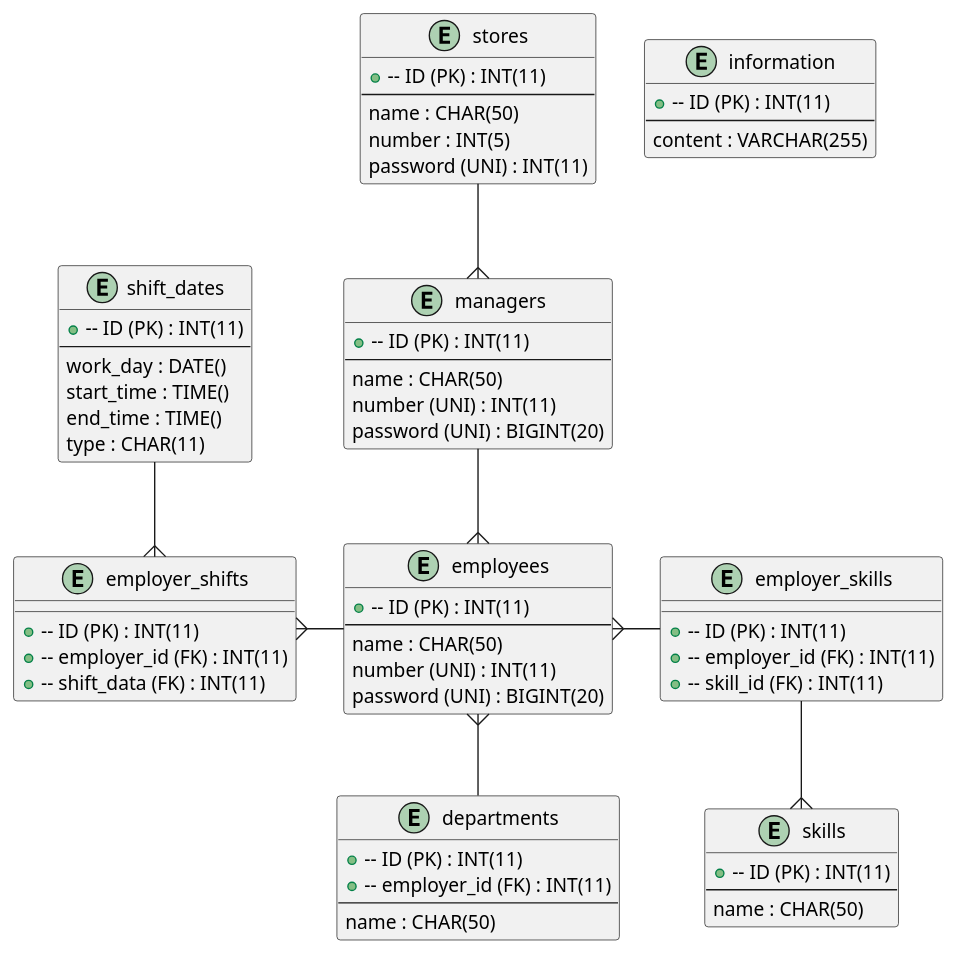
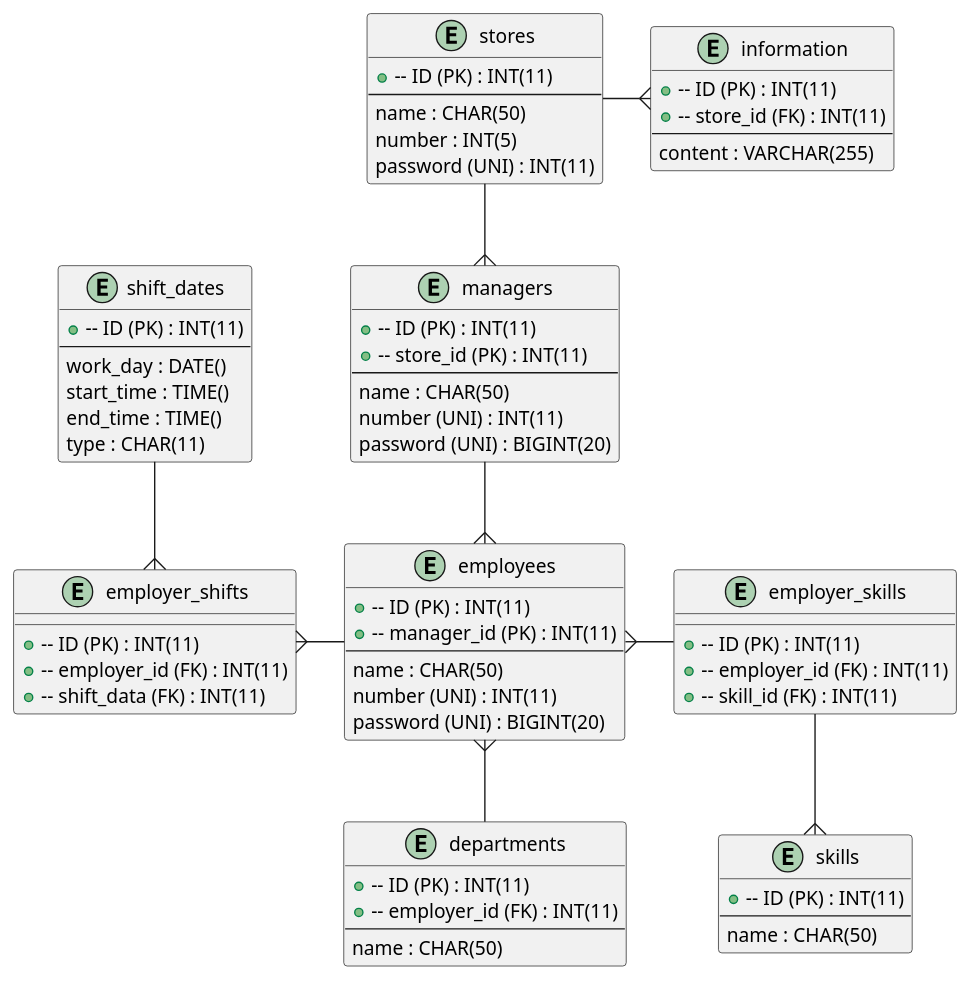
Before and after one commit to kokimoriguchi/portfolio_detail: the diagram in ER.pu, drawn with PlantUML. The commit also changed 3 other files, not shown here.

```diff
--- a/ER.pu
+++ b/ER.pu
@@ -1,75 +1,78 @@
 @startuml ER
 
 entity "employees" as employees {
   +-- ID (PK) : INT(11)
+  +-- manager_id (PK) : INT(11)
   --
   name : CHAR(50)
   number (UNI) : INT(11)
   password (UNI) : BIGINT(20)
 }
 
 entity "managers" as managers {
   +-- ID (PK) : INT(11)
+  +-- store_id (PK) : INT(11)
   --
   name : CHAR(50)
   number (UNI) : INT(11)
   password (UNI) : BIGINT(20)
 }
 
 entity "shift_dates" as shift_dates {
   +-- ID (PK) : INT(11)
   --
   work_day : DATE()
   start_time : TIME()
   end_time : TIME()
   type : CHAR(11)
 }
 
 entity "employer_shifts" as employer_shifts {
   +-- ID (PK) : INT(11)
   +-- employer_id (FK) : INT(11)
   +-- shift_data (FK) : INT(11)
 }
 
 entity "departments" as departments {
   +-- ID (PK) : INT(11)
   +-- employer_id (FK) : INT(11)
   --
   name : CHAR(50)
 }
 
 entity "skills" as skills {
   +-- ID (PK) : INT(11)
   --
   name : CHAR(50)
 }
 
 entity "employer_skills" as employer_skills {
   +-- ID (PK) : INT(11)
   +-- employer_id (FK) : INT(11)
   +-- skill_id (FK) : INT(11)
 }
 
 entity "stores" as stores {
   +-- ID (PK) : INT(11)
   --
   name : CHAR(50)
   number : INT(5)
   password (UNI) : INT(11)
 }
 
 entity "information" as information {
   +-- ID (PK) : INT(11)
+  +-- store_id (FK) : INT(11)
   --
   content : VARCHAR(255)
 }
-
-stores --{ managers
+stores -r-{ information
+stores -d-{ managers
 managers --{ employees
 employees -l-{ employer_shifts
 shift_dates --{ employer_shifts
 employer_skills -l-{ employees
 employer_skills --{ skills
 departments -u-{ employees
 
 @enduml
```
